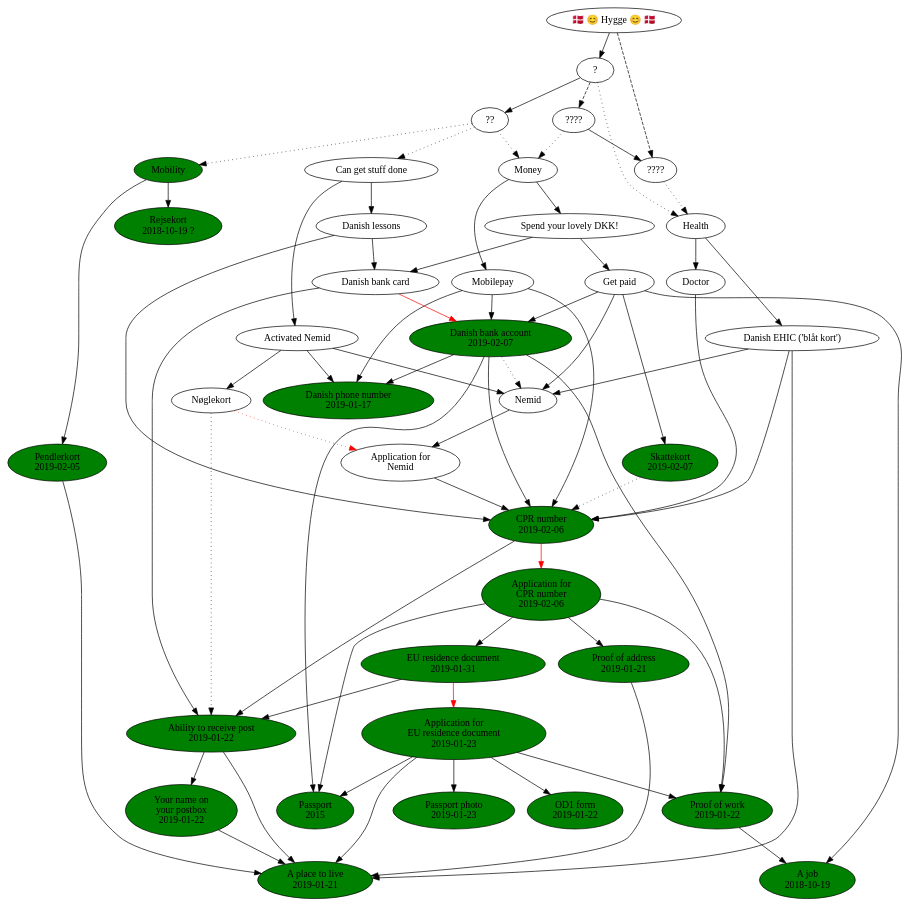
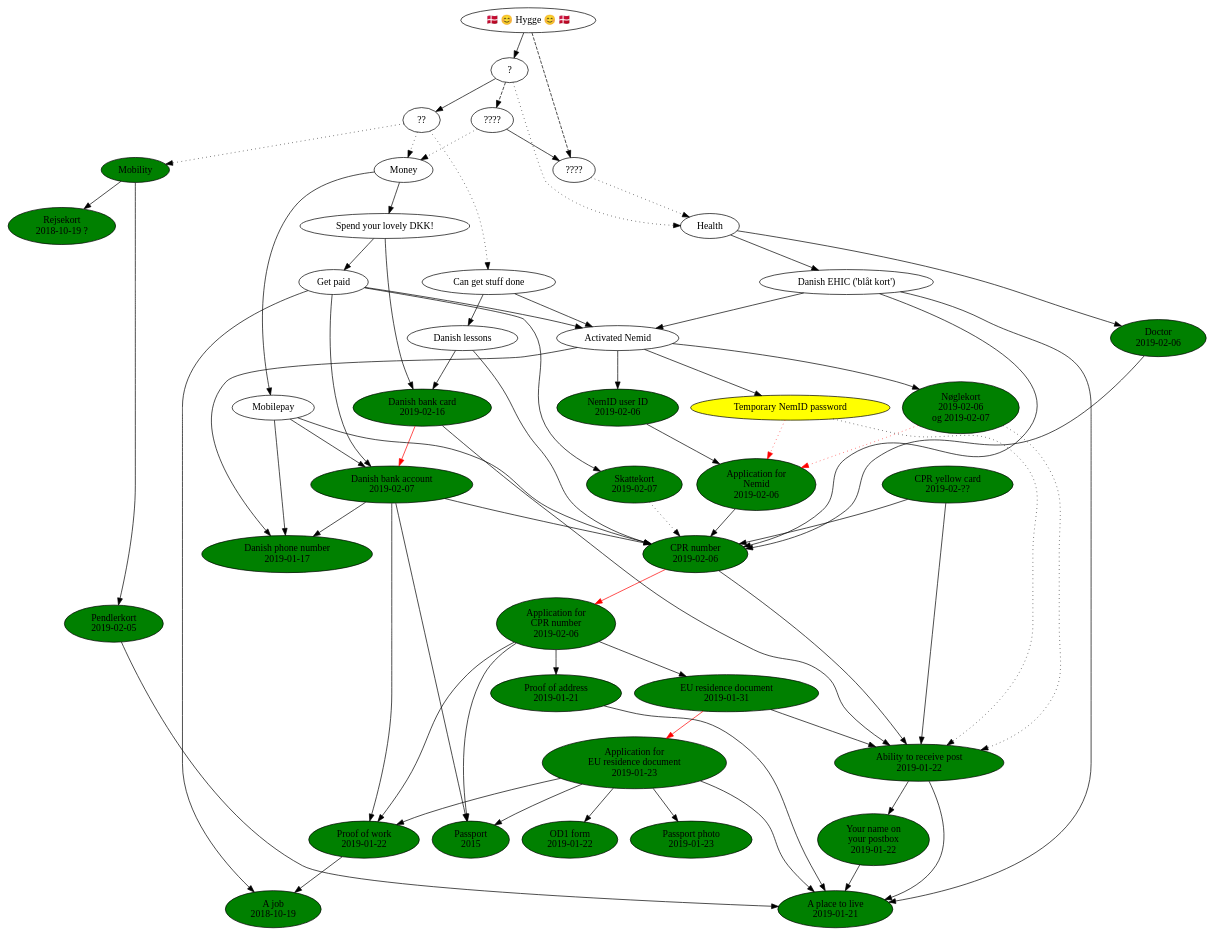
Before and after one commit to NoahBohme/emigrerer-til-danmark: the diagram in flytter-til-danmark.dot, drawn with Graphviz. The commit also changed 2 other files, not shown here.

```diff
--- a/flytter-til-danmark.dot
+++ b/flytter-til-danmark.dot
@@ -1,136 +1,142 @@
 digraph g {
   job [ label="A job\n2018-10-19" style=filled fillcolor=green ]
   proof_of_work [ label="Proof of work\n2019-01-22" style=filled fillcolor=green ]
   proof_of_work -> job
 
   passport [ label="Passport\n2015" style=filled fillcolor=green ]
 
   danish_phone_number [ label="Danish phone number\n2019-01-17" style=filled fillcolor=green ]
   rejsekort [ label="Rejsekort\n2018-10-19 ?" style=filled fillcolor=green ]
 
   place_to_live [ label="A place to live\n2019-01-21" style=filled fillcolor=green ]
 
   name_on_postbox [ label="Your name on\nyour postbox\n2019-01-22" style=filled fillcolor=green ]
   name_on_postbox -> place_to_live
 
   can_receive_post [ label="Ability to receive post\n2019-01-22" style=filled fillcolor=green ]
   can_receive_post -> place_to_live
   can_receive_post -> name_on_postbox
 
   pendlerkort [ label="Pendlerkort\n2019-02-05" style=filled fillcolor=green ]
   pendlerkort -> place_to_live
 
   eu_residence_document_application [ label="Application for\nEU residence document\n2019-01-23" style=filled fillcolor=green ]
   eu_residence_document_application -> place_to_live
   eu_residence_document_application -> proof_of_work
   eu_residence_document_application -> passport
   eu_residence_document_application -> od1_form
   od1_form [ label="OD1 form\n2019-01-22" style=filled fillcolor=green ]
   passport_photo [ label="Passport photo\n2019-01-23" style=filled fillcolor=green ]
   eu_residence_document_application -> passport_photo
 
   eu_residence_document [ label="EU residence document\n2019-01-31" style=filled fillcolor=green ]
   eu_residence_document -> eu_residence_document_application [ color="red" ]
   eu_residence_document -> can_receive_post
 
   cpr_number_application [ label="Application for\nCPR number\n2019-02-06" style=filled fillcolor=green ]
   cpr_number_application -> eu_residence_document
   cpr_number_application -> proof_of_work
   cpr_number_application -> proof_of_address
   cpr_number_application -> passport
 
   cpr_number [ label="CPR number\n2019-02-06" style=filled fillcolor=green ]
   cpr_number -> cpr_number_application [ color="red" ]
   cpr_number -> can_receive_post
+  cpr_card [ label="CPR yellow card\n2019-02-??" style=filled fillcolor=green ]
+  cpr_card -> cpr_number
+  cpr_card -> can_receive_post
 
   proof_of_address [ label="Proof of address\n2019-01-21" style=filled fillcolor=green ]
   proof_of_address -> place_to_live
 
   skattekort [ label="Skattekort\n2019-02-07" style=filled fillcolor=green ]
   skattekort -> cpr_number [ style="dotted" ]
 
-  nemid_application [ label="Application for\nNemid" ]
+  nemid_application [ label="Application for\nNemid\n2019-02-06" style=filled fillcolor=green ]
   nemid_application -> cpr_number
-  nemid [ label="Nemid" ]
-  nemid -> nemid_application
+  nemid_userid [ label="NemID user ID\n2019-02-06" style=filled fillcolor=green ]
+  nemid_userid -> nemid_application
 
   danish_bank_account [ label="Danish bank account\n2019-02-07" style=filled fillcolor=green ]
   danish_bank_account -> cpr_number
   danish_bank_account -> proof_of_work
-  danish_bank_account -> nemid [ style="dotted" ]
   danish_bank_account -> passport
   danish_bank_account -> danish_phone_number
 
   activated_nemid [ label="Activated Nemid" ]
-  activated_nemid -> nemid
+  activated_nemid -> nemid_userid
   activated_nemid -> danish_phone_number
-  noglekort [ label="Nøglekort" ]
+  noglekort [ label="Nøglekort\n2019-02-06\nog 2019-02-07" style=filled fillcolor=green ]
+  midlertidlig_nemid_adgangskode [ label="Temporary NemID password" style=filled fillcolor=yellow ]
   activated_nemid -> noglekort
+  activated_nemid -> midlertidlig_nemid_adgangskode
   noglekort -> nemid_application [ style="dotted" color="red" ]
+  midlertidlig_nemid_adgangskode -> nemid_application [ style="dotted" color="red" ]
   noglekort -> can_receive_post [ style="dotted" ]
+  midlertidlig_nemid_adgangskode -> can_receive_post [ style="dotted" ]
 
   ehic [ label="Danish EHIC ('blåt kort')" ]
   ehic -> cpr_number
-  ehic -> nemid
+  ehic -> activated_nemid
   ehic -> place_to_live
 
-  doctor [ label="Doctor" ]
+  doctor [ label="Doctor\n2019-02-06" style=filled fillcolor=green ]
   doctor -> cpr_number
 
   get_paid [ label="Get paid" ]
   get_paid -> job
   get_paid -> skattekort
   get_paid -> danish_bank_account
-  get_paid -> nemid
+  get_paid -> activated_nemid
 
   danish_lessions [ label="Danish lessons" ]
   danish_lessions -> cpr_number
   danish_lessions -> danish_bank_card
 
-  danish_bank_card [ label="Danish bank card" ]
+  danish_bank_card [ label="Danish bank card\n2019-02-16" style=filled fillcolor=green ]
   danish_bank_card -> danish_bank_account [ color="red" ]
   danish_bank_card -> can_receive_post
 
   spend_lovely_dkk [ label="Spend your lovely DKK!" ]
   spend_lovely_dkk -> get_paid
   spend_lovely_dkk -> danish_bank_card
 
   mobilepay [ label="Mobilepay" ]
   mobilepay -> cpr_number
   mobilepay -> danish_phone_number
   mobilepay -> danish_bank_account
 
   // Det endeligt mål
   hygge [ label="🇩🇰 😊 Hygge 😊 🇩🇰" ]
   // Deliberately vague so as not to imply that (a) hygge has a formula, or
   // (b) it depends on any of the named things
   hygge -> magi4 [ style=dashed ]
   hygge -> magi1
   magi1 [ label="?" ]
   magi4 [ label="????" ]
   magi2 [ label="??" ]
   magi3 [ label="????" ]
   magi3 -> magi4
   magi1 -> magi2
   magi1 -> magi3 [ style=dashed ]
 
   magi1 -> helbred [ style=dotted ]
   magi2 -> penge [ style=dotted ]
 
   magi4 -> helbred [ style=dotted ]
   helbred [ label="Health" ]
   helbred -> doctor
   helbred -> ehic
   magi3 -> penge [ style=dotted ]
   penge [ label="Money" ]
   penge -> spend_lovely_dkk
   penge -> mobilepay
   magi2 -> rejser [ style=dotted ]
   rejser [ label="Mobility" style=filled fillcolor=green ]
   rejser -> pendlerkort
   rejser -> rejsekort
   magi2 -> faa_ting_gjort [ style=dotted ]
   faa_ting_gjort [ label="Can get stuff done" ]
   faa_ting_gjort -> activated_nemid
   faa_ting_gjort -> danish_lessions
 }
```
